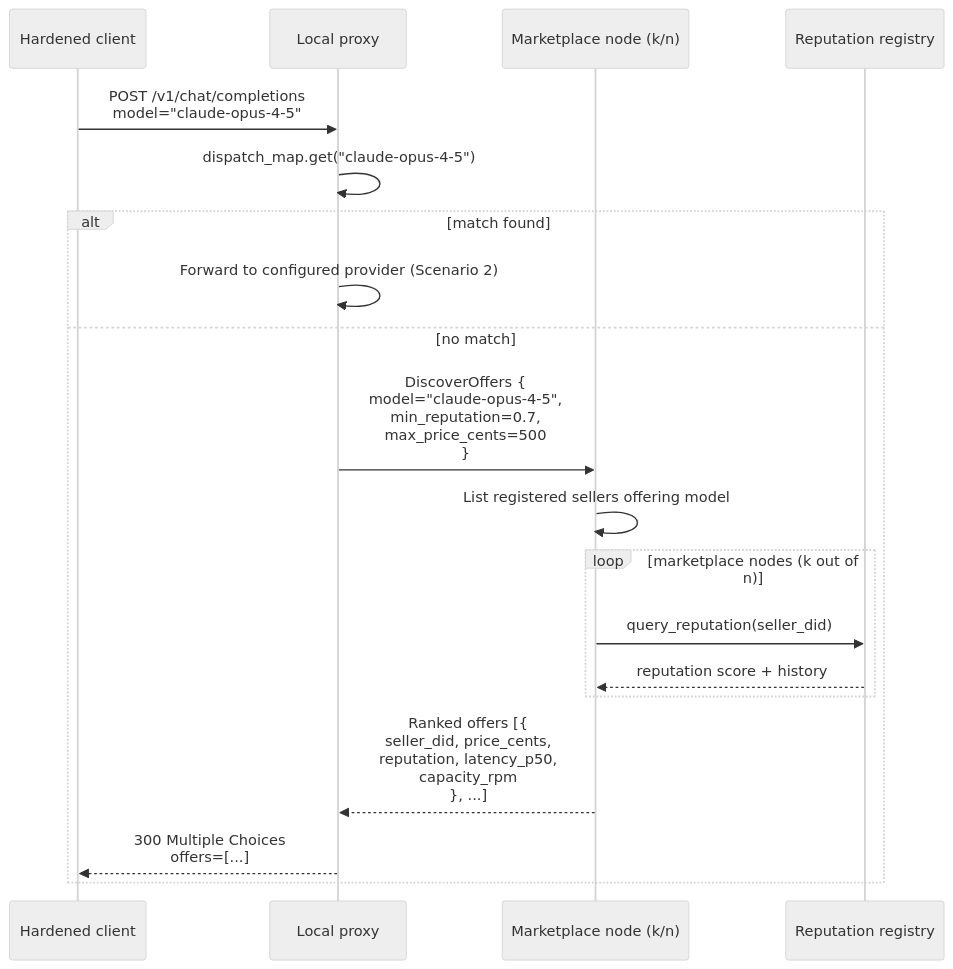
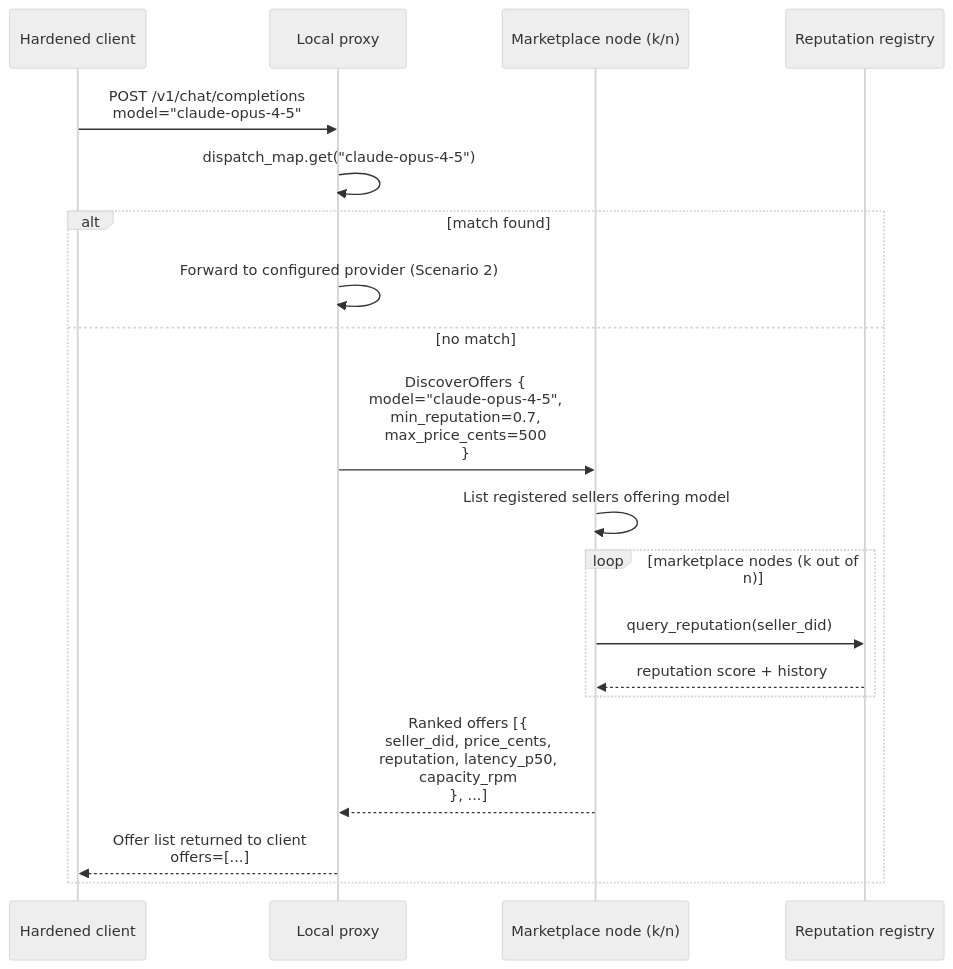
Before and after one commit to CipherOcto/cipherocto: the sixth of 14 diagrams in docs/architecture/end-to-end-scenarios.md, drawn with Mermaid (neutral theme). The commit also changed other lines of this file, not shown here.

````diff
--- a/docs/architecture/end-to-end-scenarios.md
+++ b/docs/architecture/end-to-end-scenarios.md
@@ -270,22 +270,22 @@
 ```mermaid
 sequenceDiagram
     participant C as Hardened client
     participant P as Local proxy
     participant MK as Marketplace node (k/n)
     participant RR as Reputation registry
 
     C->>P: POST /v1/chat/completions<br/>model="claude-opus-4-5"
     P->>P: dispatch_map.get("claude-opus-4-5")
     alt match found
         P->>P: Forward to configured provider (Scenario 2)
     else no match
         P->>MK: DiscoverOffers {<br/>  model="claude-opus-4-5",<br/>  min_reputation=0.7,<br/>  max_price_cents=500<br/>}
         MK->>MK: List registered sellers offering model
         loop marketplace nodes (k out of n)
             MK->>RR: query_reputation(seller_did)
             RR-->>MK: reputation score + history
         end
         MK-->>P: Ranked offers [{<br/>  seller_did, price_cents,<br/>  reputation, latency_p50,<br/>  capacity_rpm<br/>}, ...]
-        P-->>C: 300 Multiple Choices<br/>offers=[...]
+        P-->>C: Offer list returned to client<br/>offers=[...]
     end
 ```
````
